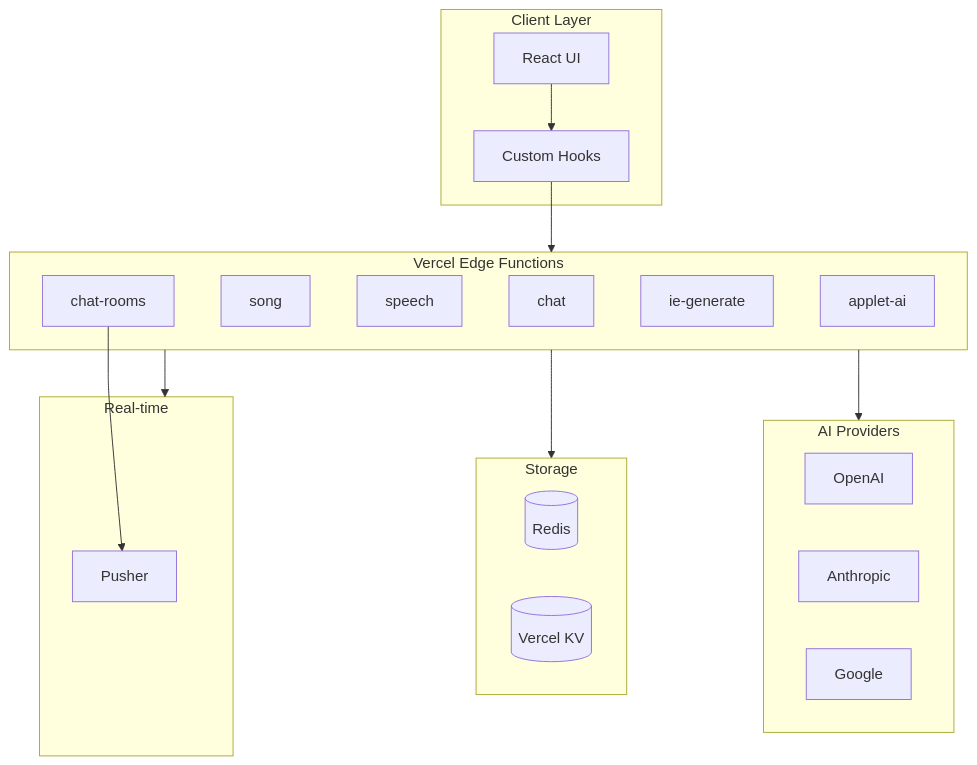
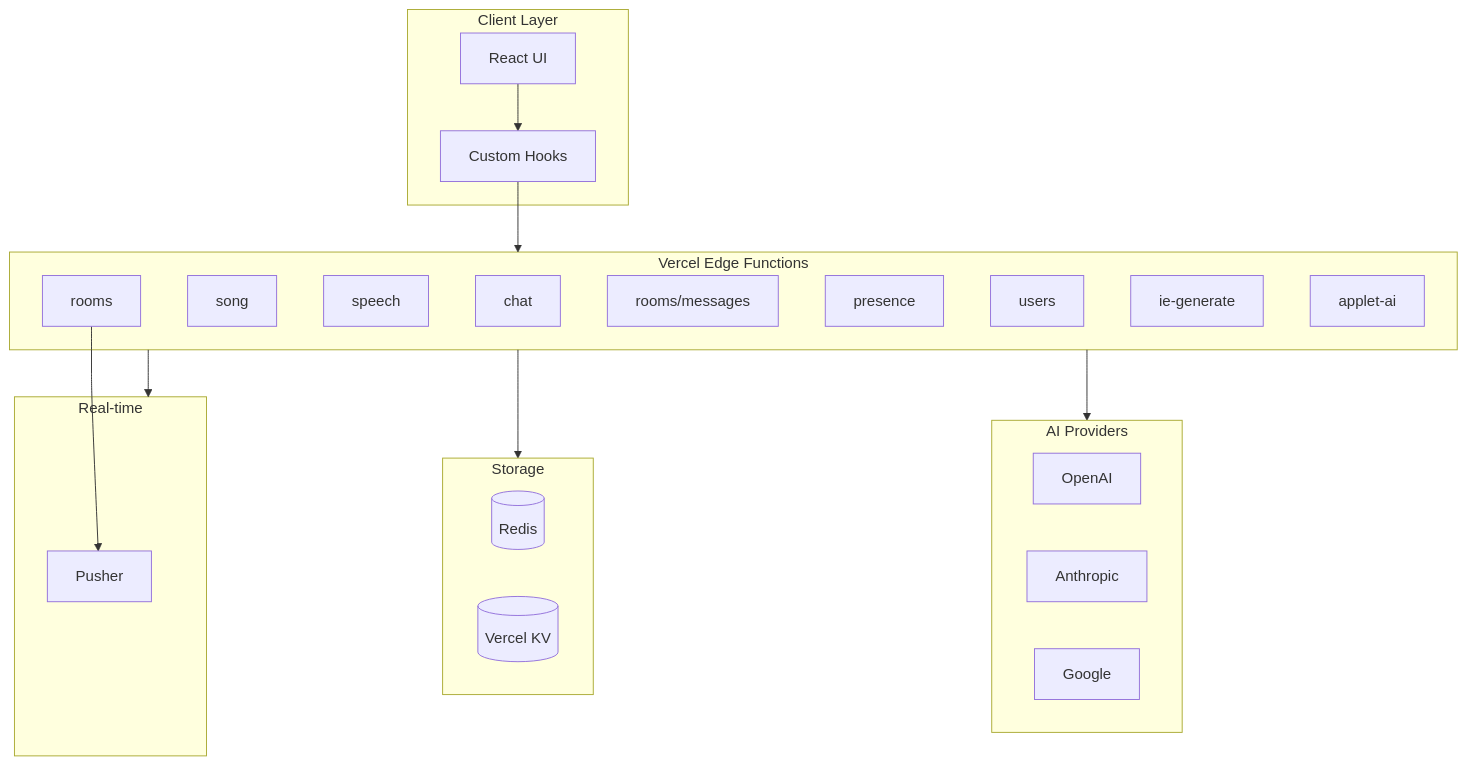
One commit to ryokun6/ryos changed the first of 3 diagrams in docs/1.2-api-architecture.md. Above: the diagram before and after it, drawn with Mermaid. The commit also changed other lines of this file and 45 other files, not shown here.

Commit message:
docs: update chat rooms REST endpoints

````diff
--- a/docs/1.2-api-architecture.md
+++ b/docs/1.2-api-architecture.md
@@ -7,38 +7,41 @@
 ```mermaid
 graph TB
     subgraph Client["Client Layer"]
         UI[React UI]
         Hooks[Custom Hooks]
     end
     
     subgraph Edge["Vercel Edge Functions"]
         ChatAPI[chat]
         SongAPI[song]
         SpeechAPI[speech]
-        RoomsAPI[chat-rooms]
+        RoomsAPI[rooms]
+        MessagesAPI[rooms/messages]
+        PresenceAPI[presence]
+        UsersAPI[users]
         IEAPI[ie-generate]
         AppletAPI[applet-ai]
     end
     
     subgraph AI["AI Providers"]
         OpenAI[OpenAI]
         Anthropic[Anthropic]
         Google[Google]
     end
     
     subgraph Storage["Storage"]
         Redis[(Redis)]
         KV[(Vercel KV)]
     end
     
     subgraph Realtime["Real-time"]
         Pusher[Pusher]
     end
     
     UI --> Hooks
     Hooks --> Edge
     Edge --> AI
     Edge --> Storage
     Edge --> Realtime
     RoomsAPI --> Pusher
 ```
````
